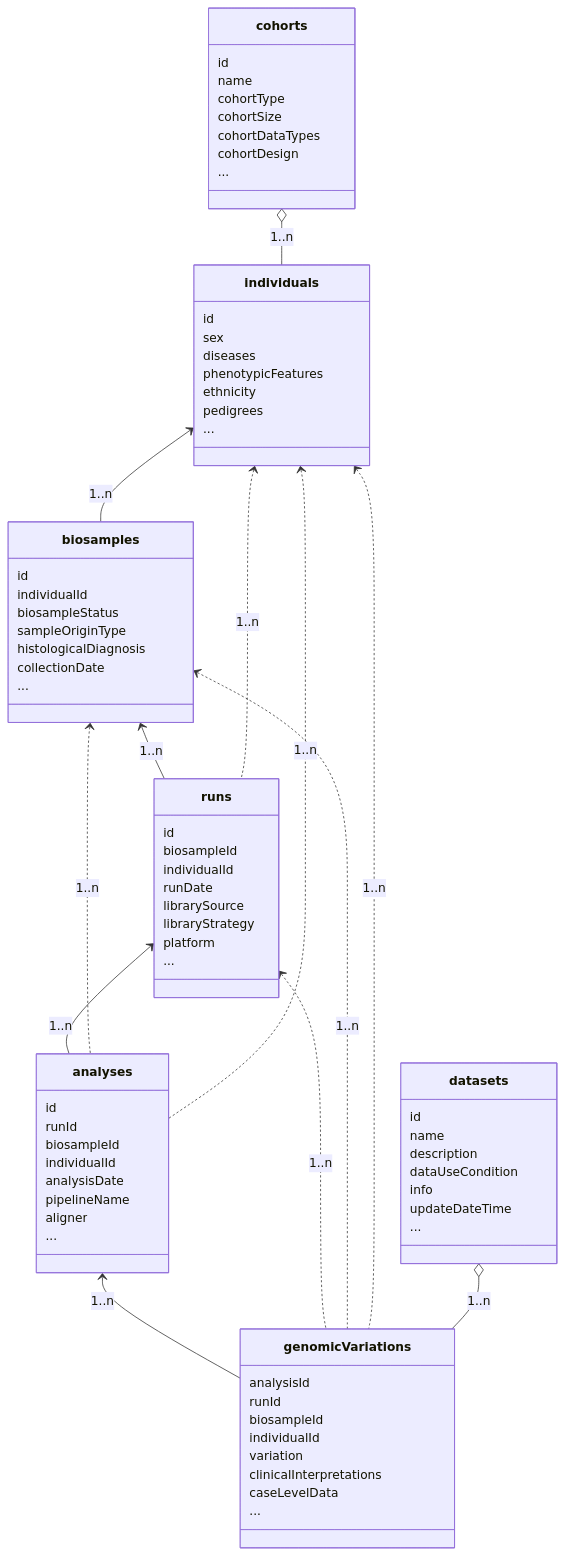
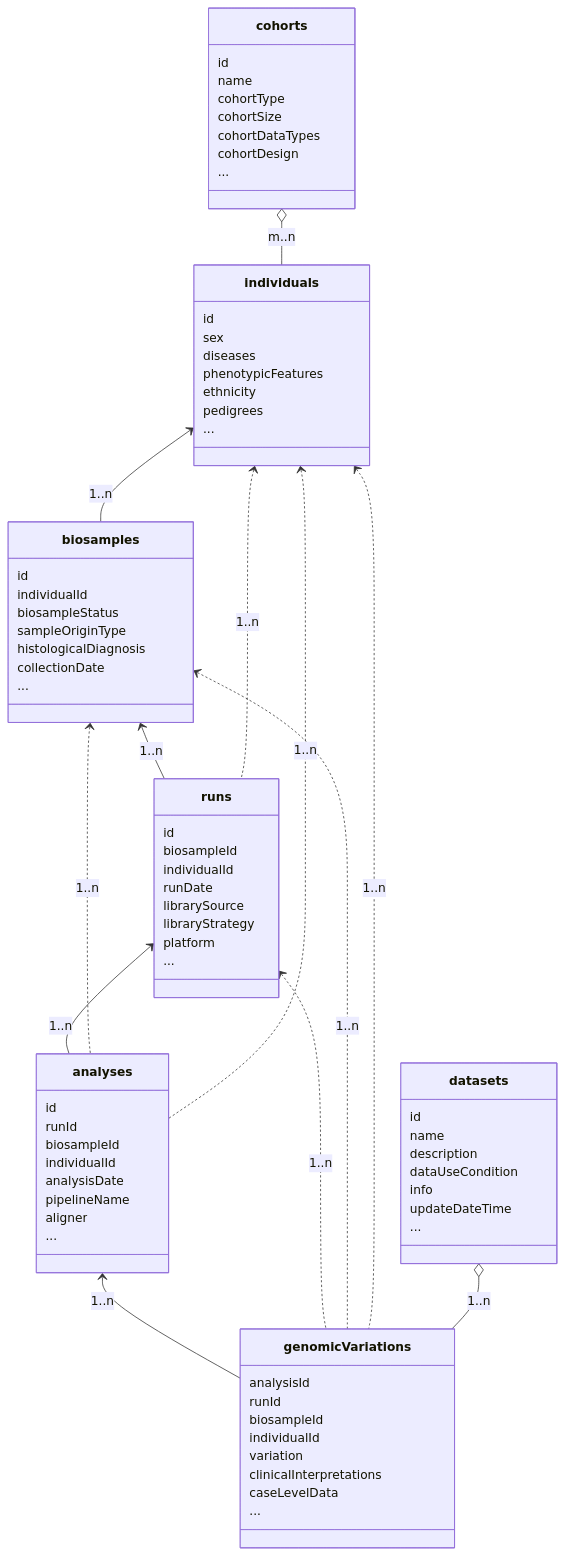
Before and after one commit to ga4gh-beacon/beacon-v2: the diagram in docs/models.md, drawn with Mermaid. The commit also changed other lines of this file and 3 other files, not shown here.

```diff
--- a/docs/models.md
+++ b/docs/models.md
@@ -48,7 +48,7 @@
     individuals <.. analyses : 1..n
     individuals <.. runs : 1..n
 
-    cohorts o-- individuals : 1..n
+    cohorts o-- individuals : m..n
     datasets o-- genomicVariations : 1..n
 
     class genomicVariations{
```
